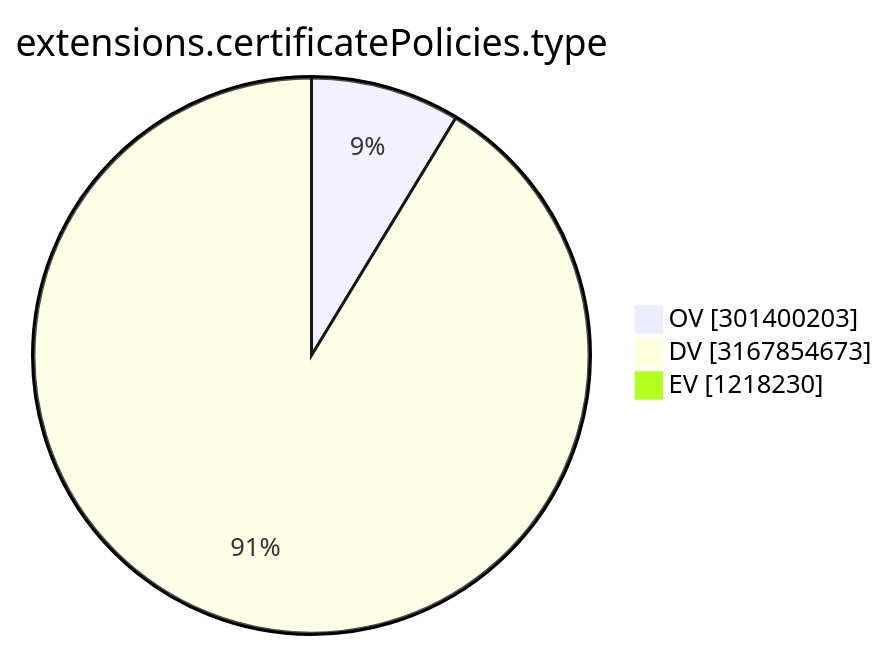
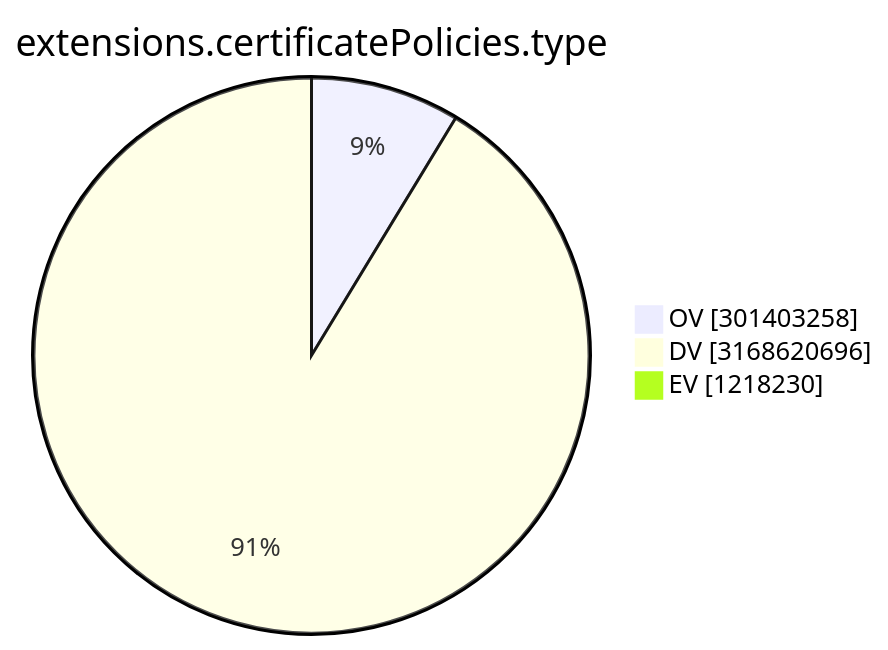
One commit to christiankrug/ctmonitor_visualization changed the ninth of 15 diagrams in TOTAL/README.md. Above: the diagram before and after it, drawn with Mermaid. The commit also changed other lines of this file, not shown here.

````diff
--- a/TOTAL/README.md
+++ b/TOTAL/README.md
@@ -3105,7 +3105,7 @@
 ```mermaid
 pie showData
 title extensions.certificatePolicies.type
-"OV" :301400203
-"DV" :3167854673
+"OV" :301403258
+"DV" :3168620696
 "EV" :1218230
 ```
````
